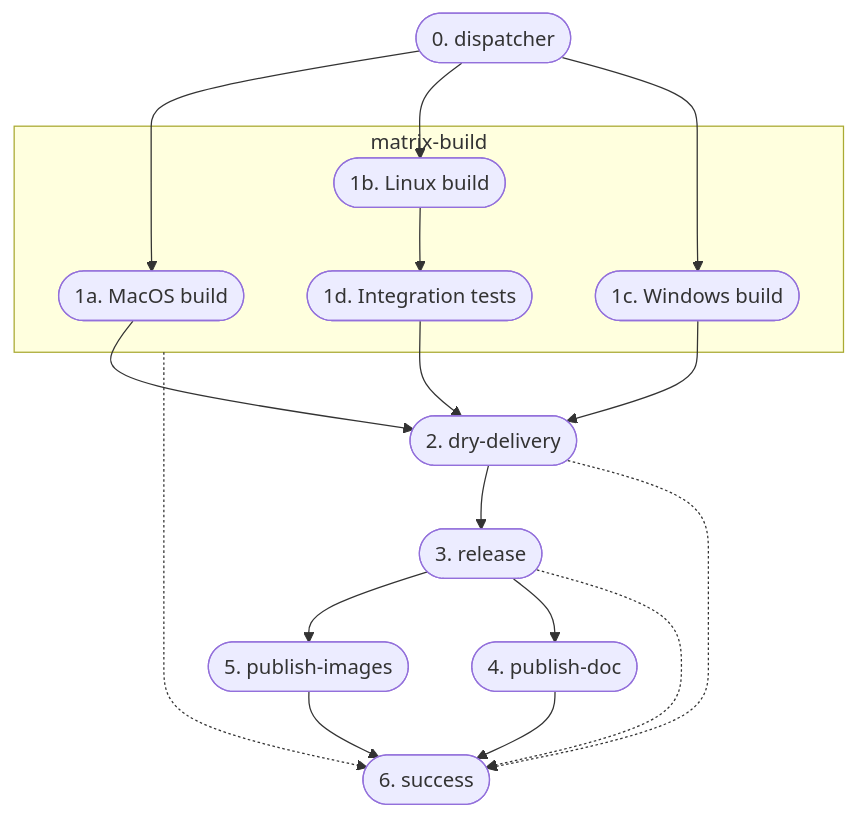
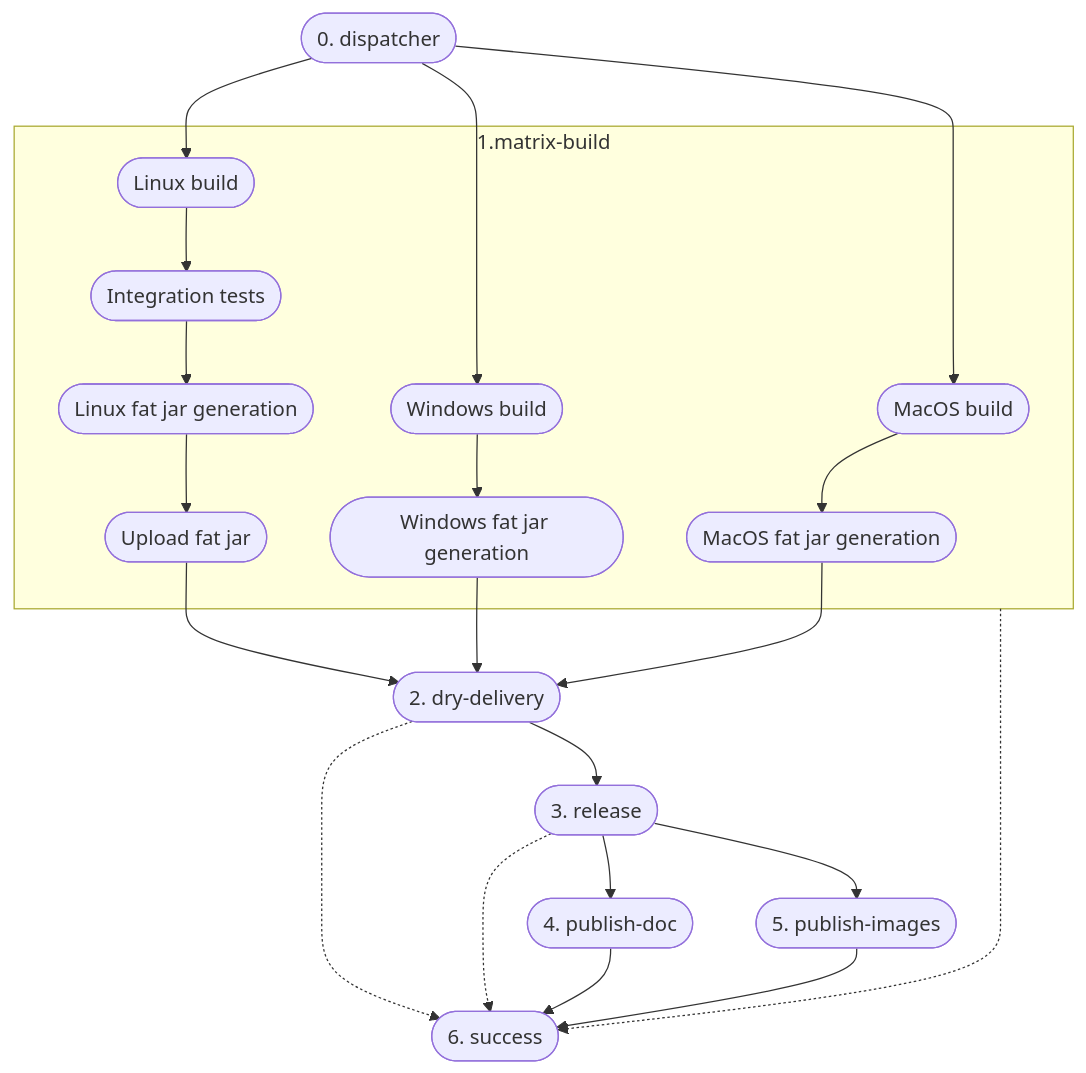
The diagram in content/docs/7-devops/devops.md (position-pal/Documentation), drawn with Mermaid before and after one commit. The commit also changed other lines of this file, not shown here.

````diff
--- a/content/docs/7-devops/devops.md
+++ b/content/docs/7-devops/devops.md
@@ -133,31 +173,36 @@
 ```mermaid
 graph TB;
   dispatcher(["0. dispatcher"])
   dispatcher --> build1;
   dispatcher --> build2;
   dispatcher --> build3;
 
-  subgraph matrix-build
-    build1(["1a. MacOS build"]);
-    build2(["1b. Linux build"]);
-    build3(["1c. Windows build"]);
-    build2 --> build4(["1d. Integration tests"]);
+  subgraph 1.matrix-build
+    build1(["MacOS build"]);
+    build2(["Linux build"]);
+    build3(["Windows build"]);
+    build2 --> build4(["Integration tests"]);
+
+    build1 --> build5(["MacOS fat jar generation"]);
+    build4 --> build6(["Linux fat jar generation"]);
+    build6 --> build8(["Upload fat jar"]);
+    build3 --> build7(["Windows fat jar generation"]);
   end
 
   dry-delivery(["2. dry-delivery"])
-  build1 --> dry-delivery;
-  build3 --> dry-delivery;
-  build4 --> dry-delivery;
+  build8 --> dry-delivery;
+  build7 --> dry-delivery;
+  build5 --> dry-delivery;
   release(["3. release"])
   dry-delivery --> release;
   publish-images(["5. publish-images"])
   release --> publish-images;
   publish-doc(["4. publish-doc"])
   release --> publish-doc;
   success(["6. success"])
-  matrix-build .-> success
+  1.matrix-build .-> success
   dry-delivery .-> success
   release .-> success
   publish-doc --> success
   publish-images --> success;
 ```
````
